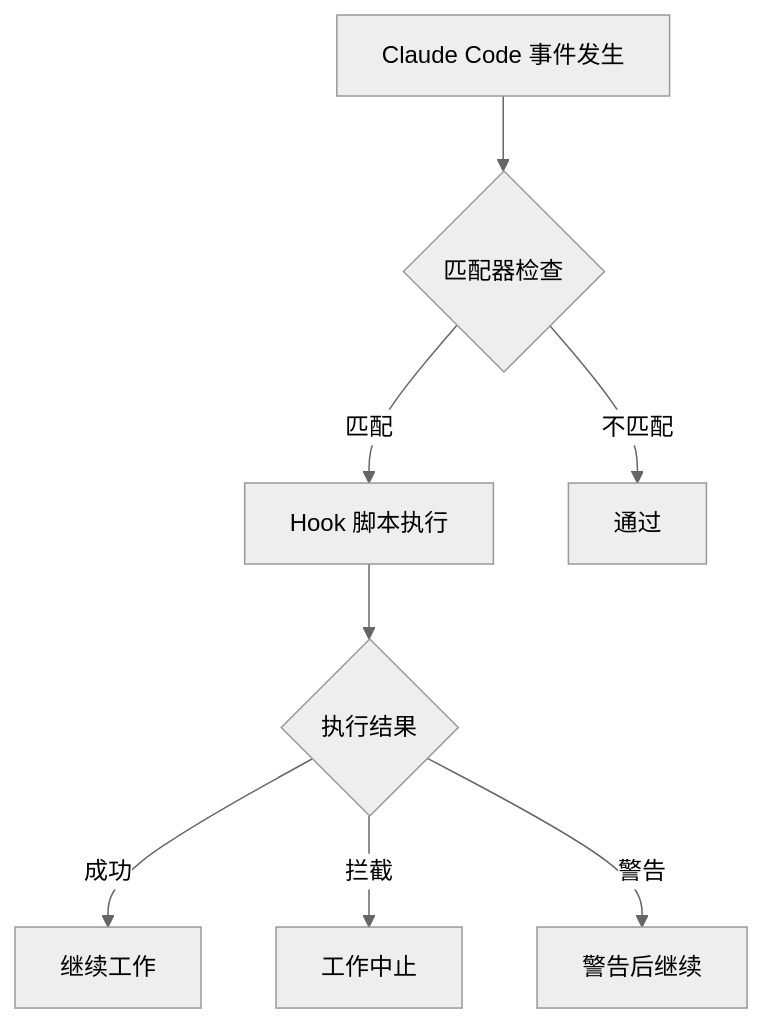
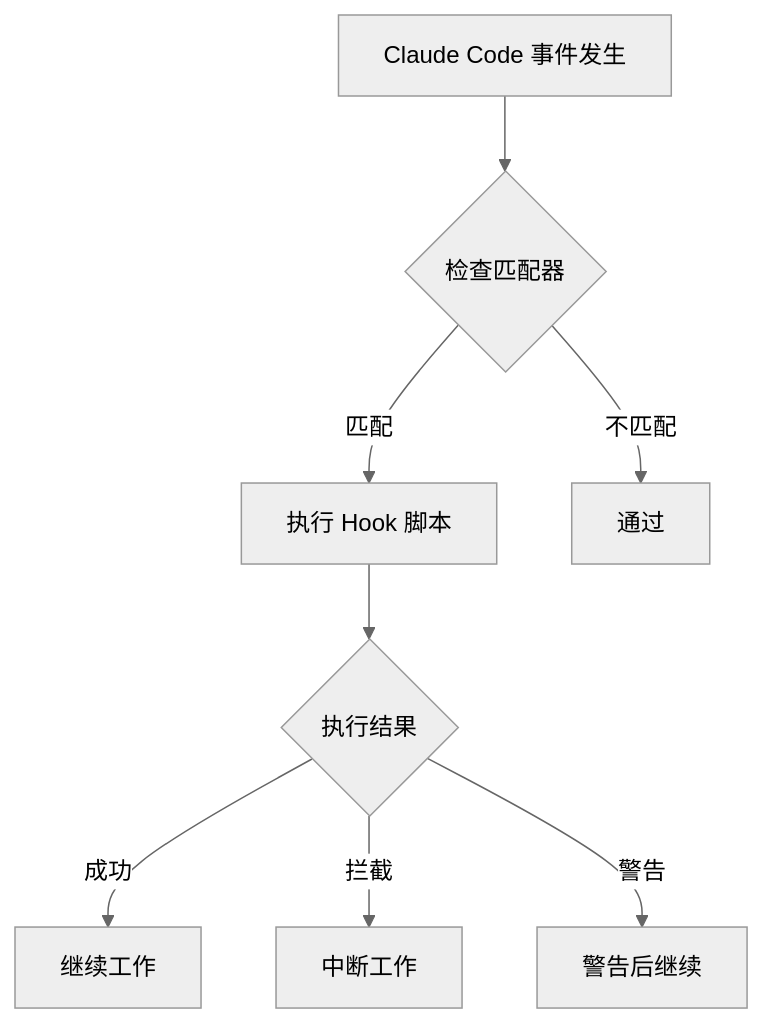
The first of 2 diagrams in docs-site/content/zh/advanced/hooks-guide.md (modu-ai/moai-adk), drawn with Mermaid (neutral theme) before and after one commit. The commit also changed other lines of this file and 395 other files, not shown here.

````diff
--- a/docs-site/content/zh/advanced/hooks-guide.md
+++ b/docs-site/content/zh/advanced/hooks-guide.md
@@ -19,12 +19,12 @@
 ```mermaid
 flowchart TD
-    EVENT["Claude Code 事件发生"] --> MATCH{匹配器检查}
+    EVENT["Claude Code 事件发生"] --> MATCH{检查匹配器}
 
-    MATCH -->|匹配| HOOK["Hook 脚本执行"]
+    MATCH -->|匹配| HOOK["执行 Hook 脚本"]
     MATCH -->|不匹配| SKIP["通过"]
 
     HOOK --> RESULT{执行结果}
     RESULT -->|成功| CONTINUE["继续工作"]
-    RESULT -->|拦截| BLOCK["工作中止"]
+    RESULT -->|拦截| BLOCK["中断工作"]
     RESULT -->|警告| WARN["警告后继续"]
 ```
````
